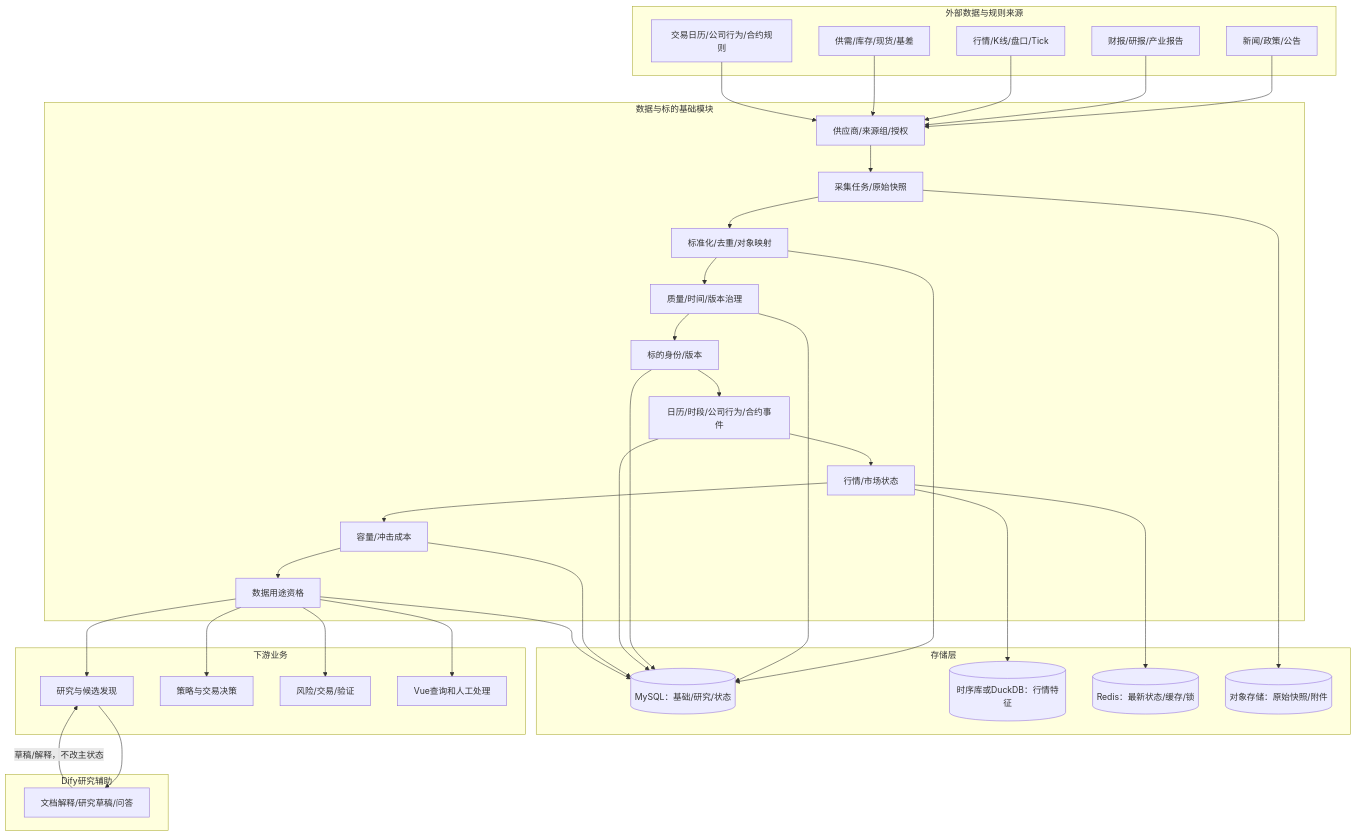
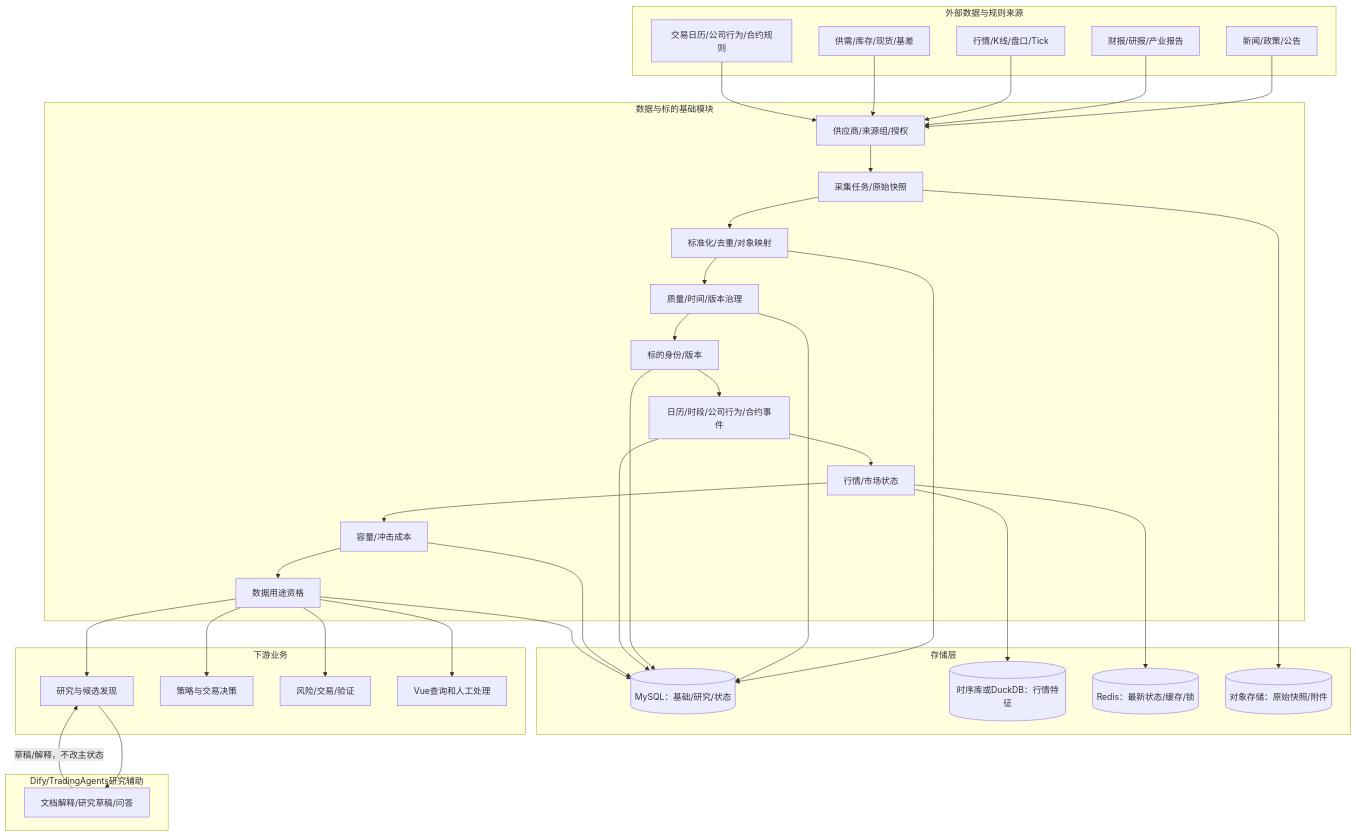
The first of 4 diagrams in doc/详设文档/详设_1_数据与标的基础详细设计方案.md (shaoqf2350/quant), drawn with Mermaid before and after one commit. The commit also changed other lines of this file and 100 other files, not shown here.

````diff
--- a/doc/详设文档/详设_1_数据与标的基础详细设计方案.md
+++ b/doc/详设文档/详设_1_数据与标的基础详细设计方案.md
@@ -185,49 +192,49 @@
 ```mermaid
 flowchart TB
     subgraph EXT[外部数据与规则来源]
         NEWS[新闻/政策/公告]
         REPORT[财报/研报/产业报告]
         MARKET[行情/K线/盘口/Tick]
         SUPPLY[供需/库存/现货/基差]
         RULE[交易日历/公司行为/合约规则]
     end
 
     subgraph BASE[数据与标的基础模块]
         REG[供应商/来源组/授权]
         ING[采集任务/原始快照]
         NORM[标准化/去重/对象映射]
         QUAL[质量/时间/版本治理]
         ID[标的身份/版本]
         CAL[日历/时段/公司行为/合约事件]
         MD[行情/市场状态]
         CAP[容量/冲击成本]
         READY[数据用途资格]
     end
 
     subgraph STORE[存储层]
         MYSQL[(MySQL：基础/研究/状态)]
         TS[(时序库或DuckDB：行情特征)]
         REDIS[(Redis：最新状态/缓存/锁)]
         OBJ[(对象存储：原始快照/附件)]
     end
 
     subgraph DOWN[下游业务]
         RESEARCH[研究与候选发现]
         STRATEGY[策略与交易决策]
         RISK[风险/交易/验证]
         UI[Vue查询和人工处理]
     end
 
-    subgraph AI[Dify研究辅助]
+    subgraph AI[Dify/TradingAgents研究辅助]
         DIFY[文档解释/研究草稿/问答]
     end
 
     NEWS-->REG; REPORT-->REG; MARKET-->REG; SUPPLY-->REG; RULE-->REG
     REG-->ING-->NORM-->QUAL
     QUAL-->ID-->CAL-->MD-->CAP-->READY
     ING-->OBJ; NORM-->MYSQL; QUAL-->MYSQL; ID-->MYSQL; CAL-->MYSQL
     MD-->TS; MD-->REDIS; CAP-->MYSQL; READY-->MYSQL
     READY-->RESEARCH; READY-->STRATEGY; READY-->RISK; READY-->UI
     RESEARCH-->DIFY
     DIFY-->|草稿/解释，不改主状态|RESEARCH
 ```
````
